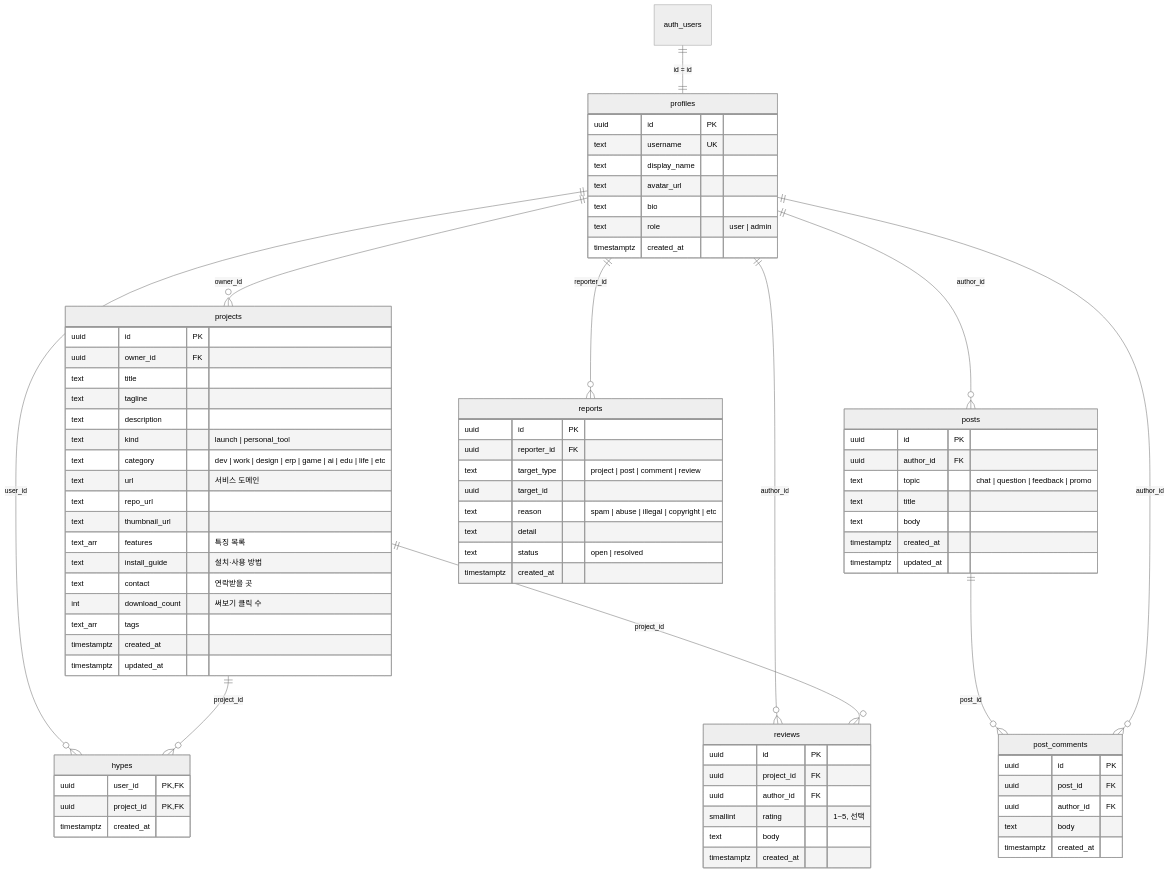
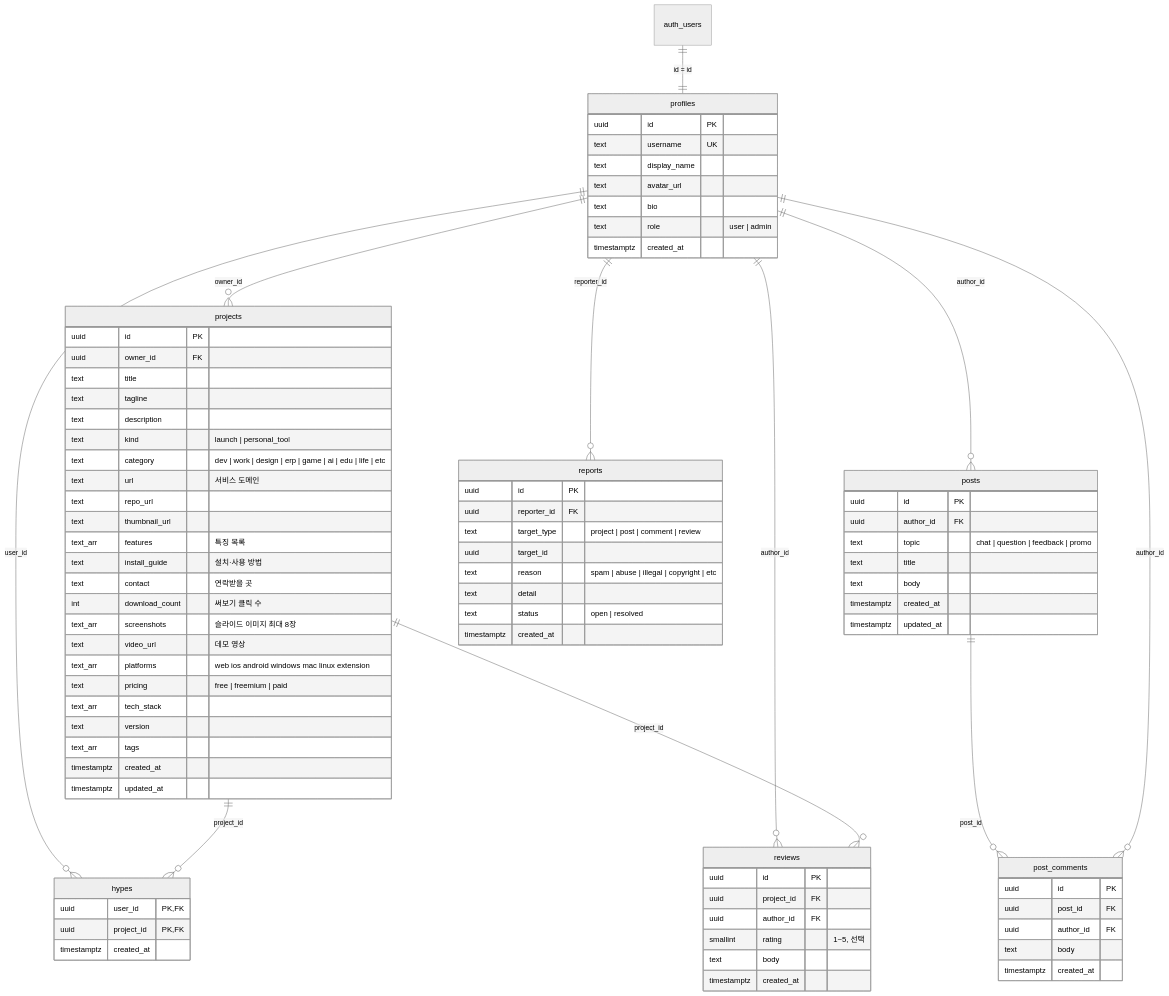
One commit to alsgotn-creator/buildforme changed the diagram in docs/DATABASE.md. Above: the diagram before and after it, drawn with Mermaid (neutral theme). The commit also changed other lines of this file and 18 other files, not shown here.

```diff
--- a/docs/DATABASE.md
+++ b/docs/DATABASE.md
@@ -59,6 +59,12 @@
     text install_guide "설치·사용 방법"
     text contact "연락받을 곳"
     int download_count "써보기 클릭 수"
+    text_arr screenshots "슬라이드 이미지 최대 8장"
+    text video_url "데모 영상"
+    text_arr platforms "web ios android windows mac linux extension"
+    text pricing "free | freemium | paid"
+    text_arr tech_stack
+    text version
     text_arr tags
     timestamptz created_at
     timestamptz updated_at
```
